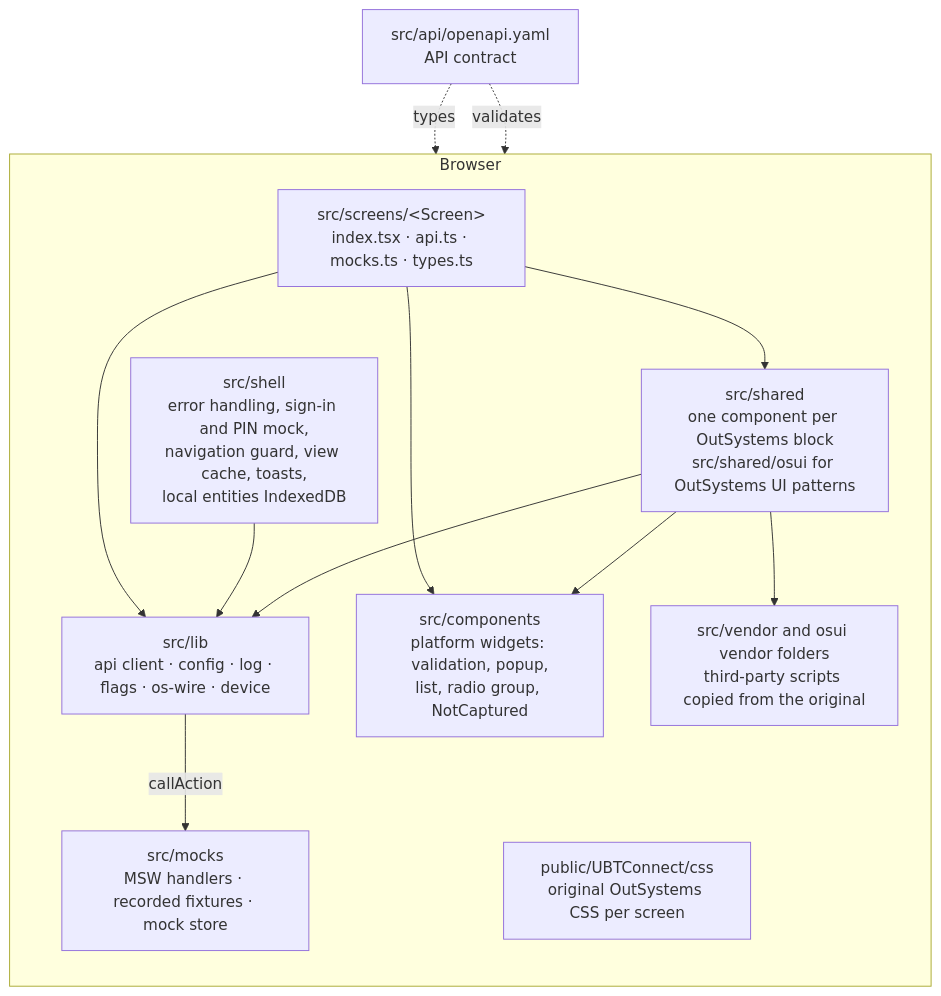
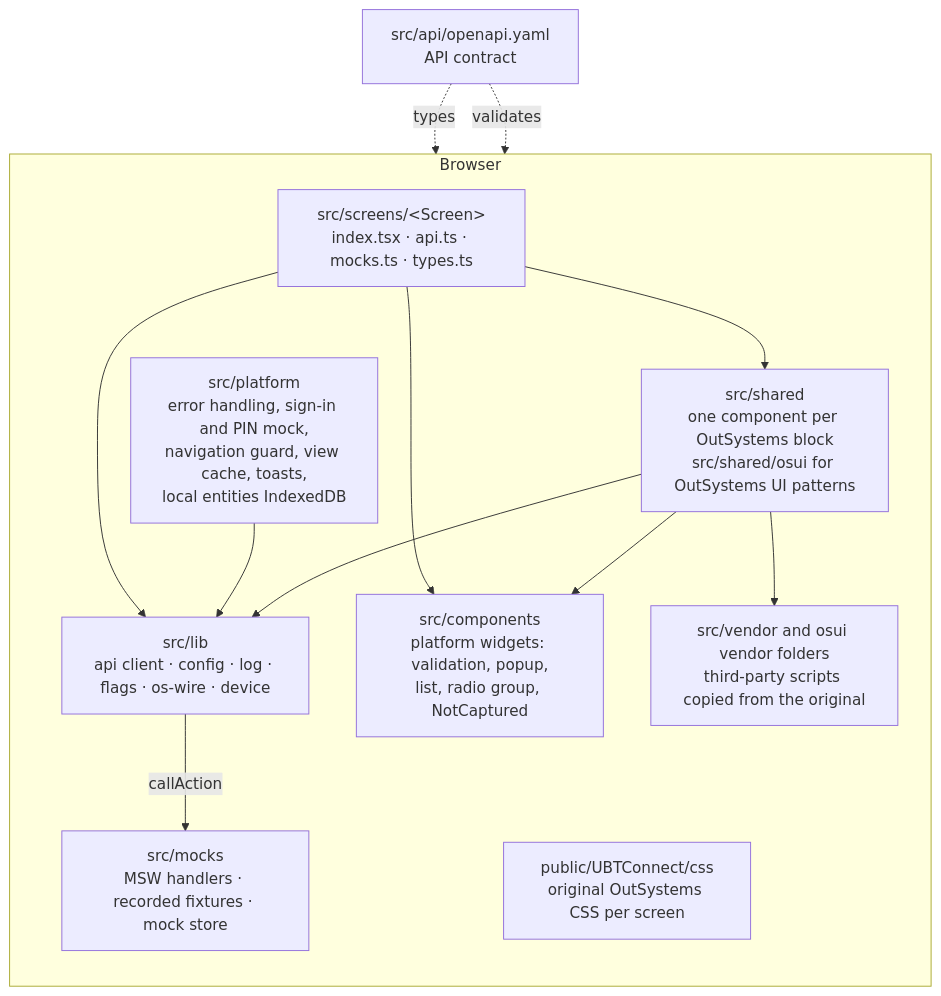
Before and after one commit to Phoenix-DX/connect-new-ui: the second of 3 diagrams in app/docs/architecture/overview.md, drawn with Mermaid. The commit also changed other lines of this file and 503 other files, not shown here.

First line of the commit message:
refactor(P1-2): Move shell/ to platform/

````diff
--- a/app/docs/architecture/overview.md
+++ b/app/docs/architecture/overview.md
@@ -41,25 +41,25 @@
 ```mermaid
 flowchart TB
   subgraph Browser
     direction TB
-    shell[src/shell<br/>error handling, sign-in and PIN mock,<br/>navigation guard, view cache, toasts,<br/>local entities IndexedDB]
+    platform[src/platform<br/>error handling, sign-in and PIN mock,<br/>navigation guard, view cache, toasts,<br/>local entities IndexedDB]
     screens[src/screens/&lt;Screen&gt;<br/>index.tsx · api.ts · mocks.ts · types.ts]
     widgets[src/components<br/>platform widgets: validation, popup,<br/>list, radio group, NotCaptured]
     vendor[src/vendor and osui vendor folders<br/>third-party scripts copied from the original]
     shared[src/shared<br/>one component per OutSystems block<br/>src/shared/osui for OutSystems UI patterns]
     lib[src/lib<br/>api client · config · log · flags · os-wire · device]
     mocks[src/mocks<br/>MSW handlers · recorded fixtures · mock store]
     css[public/UBTConnect/css<br/>original OutSystems CSS per screen]
   end
   contract[src/api/openapi.yaml<br/>API contract]
   screens --> shared
   screens --> lib
   screens --> widgets
   shared --> widgets
   shared --> vendor
-  shell --> lib
+  platform --> lib
   shared --> lib
   lib -- callAction --> mocks
   contract -. types .-> lib
   contract -. validates .-> mocks
 ```
````
